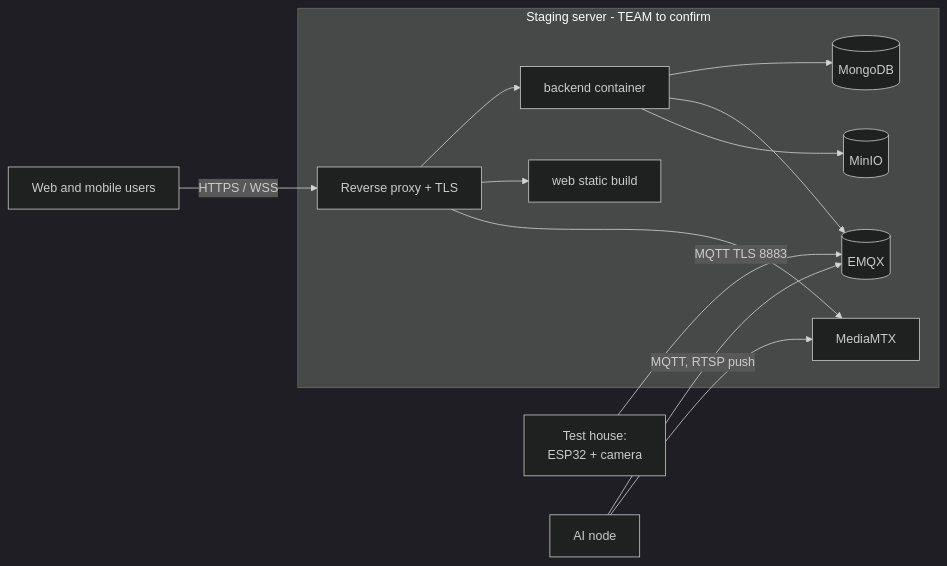
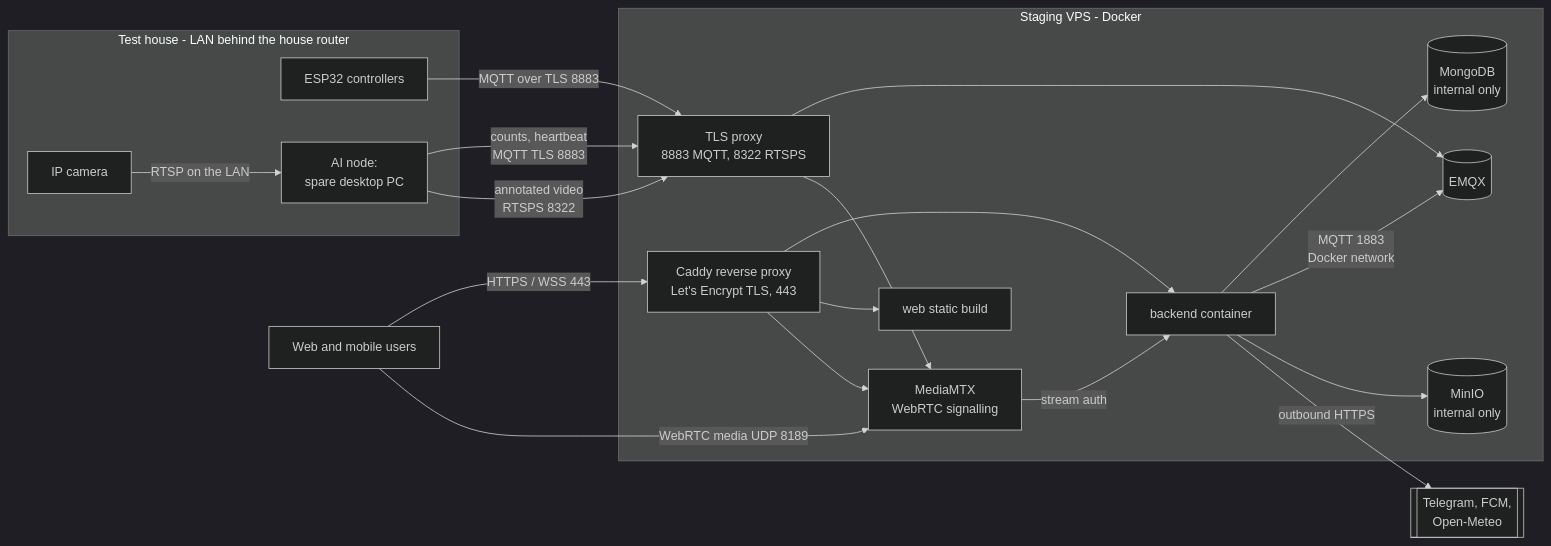
Diagram 35 of 35 in docs/reports/report4-sdd.md (NBao261/SwiftletCare_KLTN), drawn with Mermaid (dark theme) before and after one commit. The commit also changed other lines of this file and 9 other files, not shown here.

First line of the commit message:
docs(srs): drop NFR-12 and declare staging with the spare PC as AI node

````diff
--- a/docs/reports/report4-sdd.md
+++ b/docs/reports/report4-sdd.md
@@ -1297,15 +1297,24 @@
 ```mermaid
 flowchart LR
-  subgraph VPS[Staging server - TEAM to confirm]
-    RP[Reverse proxy + TLS] --> API[backend container]
+  subgraph VPS[Staging VPS - Docker]
+    RP[Caddy reverse proxy<br/>Let's Encrypt TLS, 443] --> API[backend container]
     RP --> WEBS[web static build]
-    RP --> MTX[MediaMTX]
-    API --> MONGO[(MongoDB)]
-    API --> EMQX[(EMQX)]
-    API --> MINIO[(MinIO)]
+    RP --> MTX[MediaMTX<br/>WebRTC signalling]
+    API --> MONGO[(MongoDB<br/>internal only)]
+    API -- MQTT 1883<br/>Docker network --> EMQX[(EMQX)]
+    TLSP[TLS proxy<br/>8883 MQTT, 8322 RTSPS] --> EMQX
+    TLSP --> MTX
+    API --> MINIO[(MinIO<br/>internal only)]
+    MTX -- stream auth --> API
   end
-  HOUSE[Test house:<br/>ESP32 + camera] -- MQTT TLS 8883 --> EMQX
-  AIN[AI node] -- MQTT, RTSP push --> EMQX
-  AIN --> MTX
-  USERS[Web and mobile users] -- HTTPS / WSS --> RP
+  subgraph HOUSE[Test house - LAN behind the house router]
+    ESP[ESP32 controllers]
+    CAM[IP camera] -- RTSP on the LAN --> PC[AI node:<br/>spare desktop PC]
+  end
+  ESP -- MQTT over TLS 8883 --> TLSP
+  PC -- counts, heartbeat<br/>MQTT TLS 8883 --> TLSP
+  PC -- annotated video<br/>RTSPS 8322 --> TLSP
+  USERS[Web and mobile users] -- HTTPS / WSS 443 --> RP
+  USERS -- WebRTC media UDP 8189 --> MTX
+  API -- outbound HTTPS --> EXT[[Telegram, FCM,<br/>Open-Meteo]]
 ```
````
